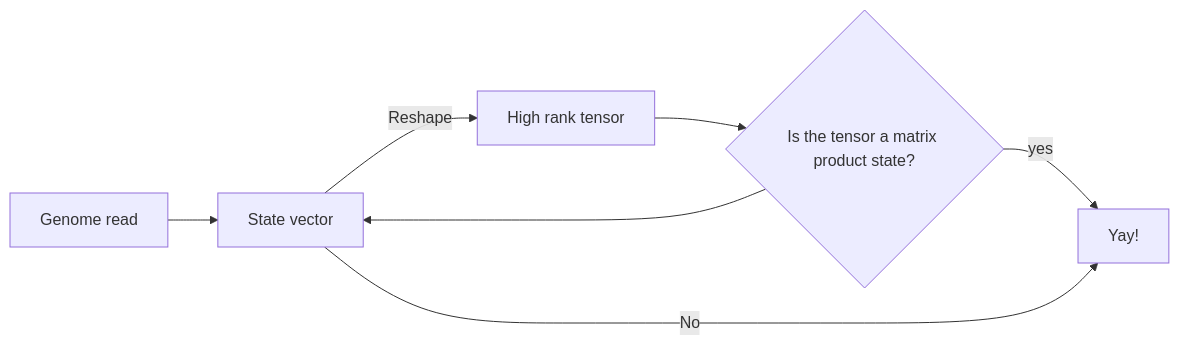
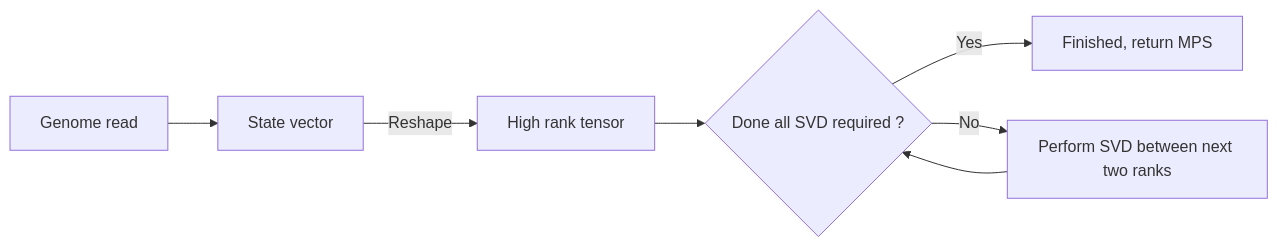
The first of 2 diagrams in refactoring/docs/docs/index.md (creeveyf/quantum_bio_mps), drawn with Mermaid before and after one commit. The commit also changed other lines of this file and 7 other files, not shown here.

````diff
--- a/refactoring/docs/docs/index.md
+++ b/refactoring/docs/docs/index.md
@@ -77,9 +86,9 @@
 ``` mermaid
 graph LR
   A[Genome read] --> B[State vector];
   B -->|Reshape| C[High rank tensor];
-  C --> D{Is the tensor a matrix product state?};
-  D --> |yes| E[Finished, return MPS and no. of nodes];
-  D --> B;
-  B ---->|No| E[Yay!];
+  C -->D{Done all SVD required ?};
+  D -->|Yes| E[Finished, return MPS];
+  D -->|No| F[Perform SVD between next two ranks];
+  F -->D;
 ```
````
